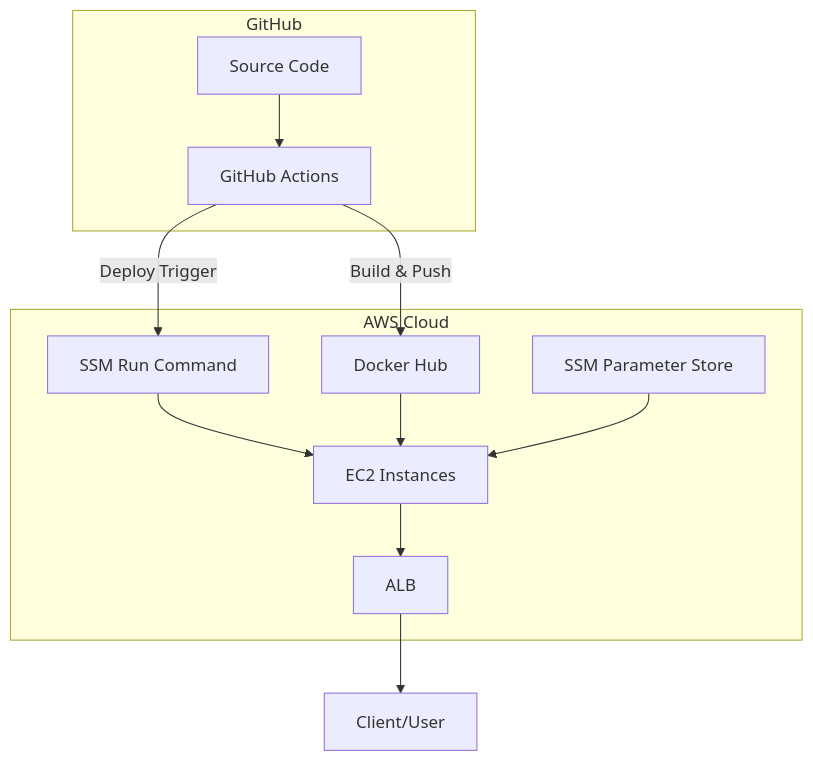
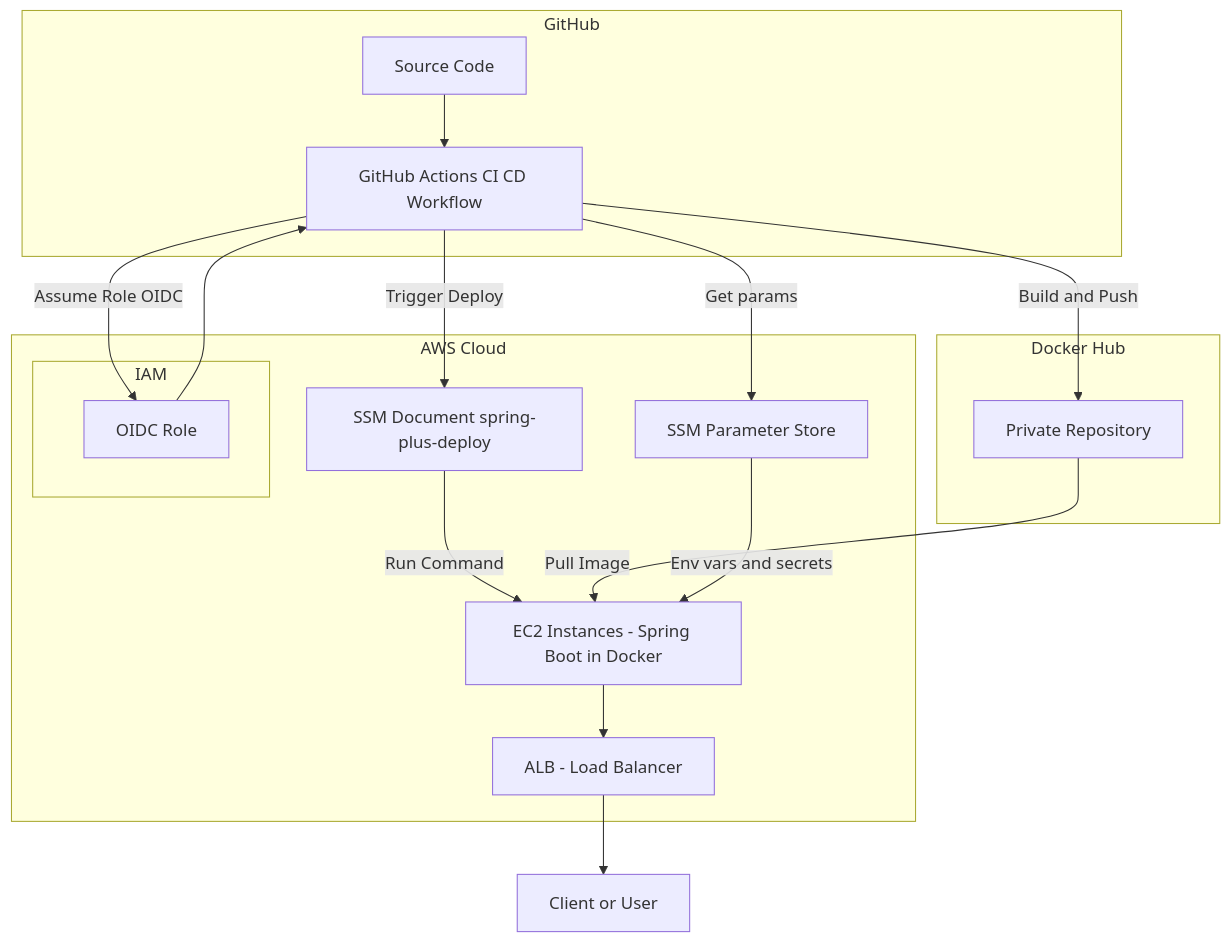
One commit to younghunkimm/younghunkimm.github.io changed the diagram in _posts/2025-09-18-cicd-pipeline-1.md. Above: the diagram before and after it, drawn with Mermaid.

Commit message:
Update CI/CD Pipeline Architecture

````diff
--- a/_posts/2025-09-18-cicd-pipeline-1.md
+++ b/_posts/2025-09-18-cicd-pipeline-1.md
@@ -53,24 +53,37 @@
 ```mermaid
 flowchart TB
-    subgraph GitHub["GitHub"]
+    subgraph Dev [GitHub]
         A[Source Code]
-        B[GitHub Actions]
+        B[GitHub Actions CI CD Workflow]
     end
 
-    subgraph AWS["AWS Cloud"]
-        C[Docker Hub]
-        D[EC2 Instances]
-        E[ALB]
-        F[SSM Parameter Store]
-        G[SSM Run Command]
+    subgraph Docker [Docker Hub]
+        C[Private Repository]
     end
 
+    subgraph AWS [AWS Cloud]
+        subgraph IAM [IAM]
+            R[OIDC Role]
+        end
+        D[SSM Parameter Store]
+        E[SSM Document spring-plus-deploy]
+        F[EC2 Instances - Spring Boot in Docker]
+        G[ALB - Load Balancer]
+    end
+
+    H[Client or User]
+
     A --> B
-    B -->|Build & Push| C
-    B -->|Deploy Trigger| G
-    G --> D
-    C --> D
-    D --> E
-    E --> H[Client/User]
-    F --> D
+    B -->|Assume Role OIDC| R
+    R --> B
+
+    B -->|Build and Push| C
+    B -->|Trigger Deploy| E
+    B -->|Get params| D
+
+    E -->|Run Command| F
+    C -->|Pull Image| F
+    D -->|Env vars and secrets| F
+
+    F --> G --> H
 ```
````
